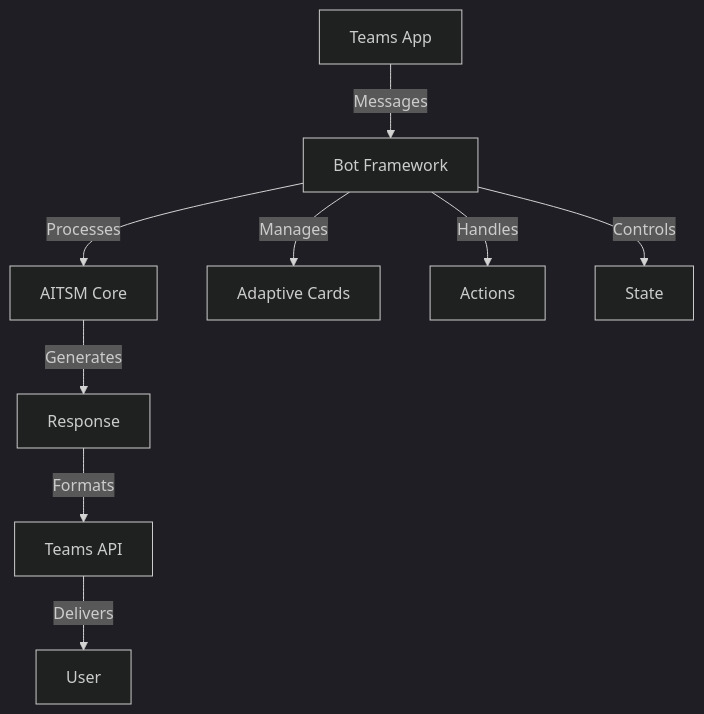
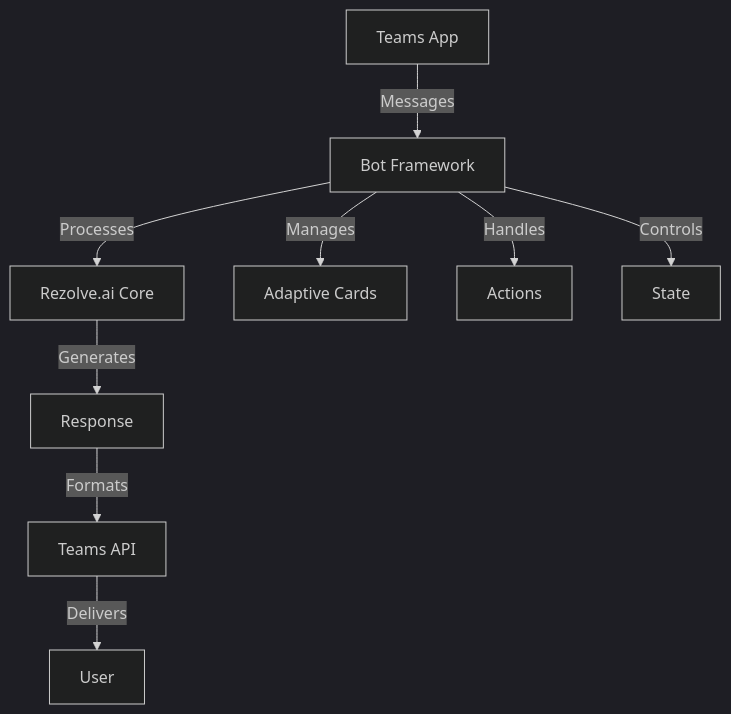
Before and after one commit to ubreddy/rezolve-docs: the second of 5 diagrams in docs/integrations/bot-channels.md, drawn with Mermaid (dark theme). The commit also changed other lines of this file and 35 other files, not shown here.

````diff
--- a/docs/integrations/bot-channels.md
+++ b/docs/integrations/bot-channels.md
@@ -57,12 +57,12 @@
 ```mermaid
 graph TD
     A[Teams App] -->|Messages| B[Bot Framework]
-    B -->|Processes| C[AITSM Core]
+    B -->|Processes| C[Rezolve.ai Core]
     C -->|Generates| D[Response]
     D -->|Formats| E[Teams API]
     E -->|Delivers| F[User]
     
     B -->|Manages| G[Adaptive Cards]
     B -->|Handles| H[Actions]
     B -->|Controls| I[State]
 ```
````
